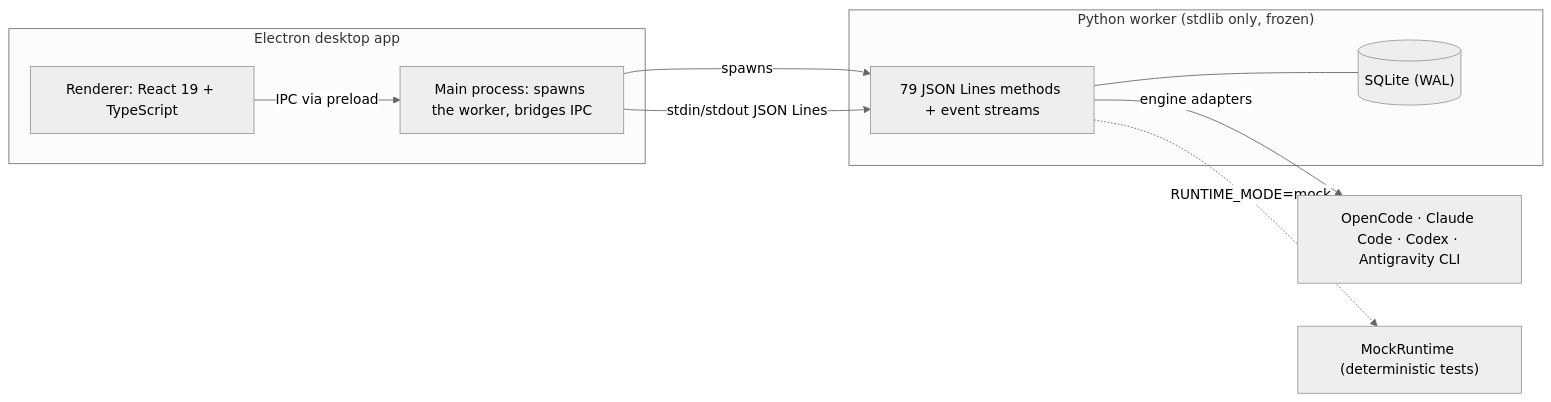
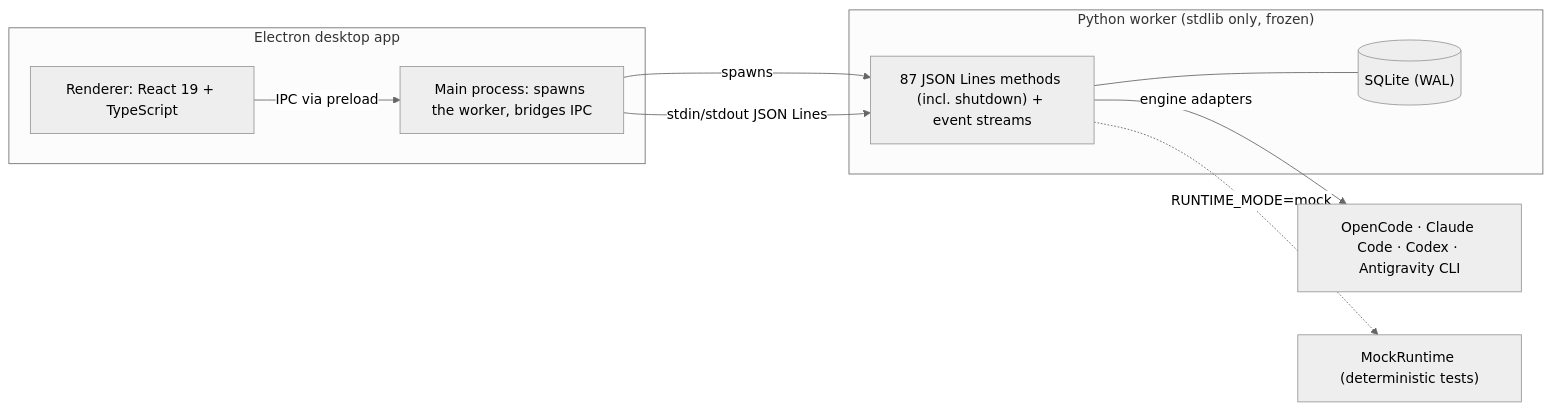
Before and after one commit to yossefbehairy/Loqman: the first of 4 diagrams in README.md, drawn with Mermaid (neutral theme). The commit also changed other lines of this file and 7 other files, not shown here.

````diff
--- a/README.md
+++ b/README.md
@@ -31,19 +31,19 @@
 ```mermaid
 flowchart LR
     subgraph Desktop["Electron desktop app"]
         Main["Main process: spawns the worker, bridges IPC"]
         Renderer["Renderer: React 19 + TypeScript"]
     end
     subgraph Sidecar["Python worker (stdlib only, frozen)"]
-        API["79 JSON Lines methods + event streams"]
+        API["87 JSON Lines methods (incl. shutdown) + event streams"]
         DB[("SQLite (WAL)")]
         API --- DB
     end
     Engines["OpenCode · Claude Code · Codex · Antigravity CLI"]
     Mock["MockRuntime (deterministic tests)"]
     Main -->|spawns| API
     Renderer -->|"IPC via preload"| Main
     Main -->|"stdin/stdout JSON Lines"| API
     API -->|"engine adapters"| Engines
     API -.->|"RUNTIME_MODE=mock"| Mock
 ```
````
